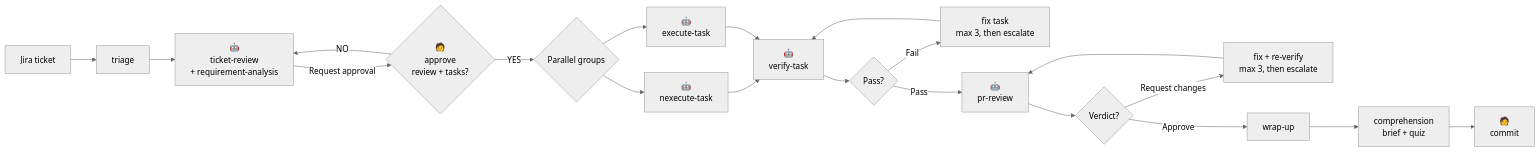
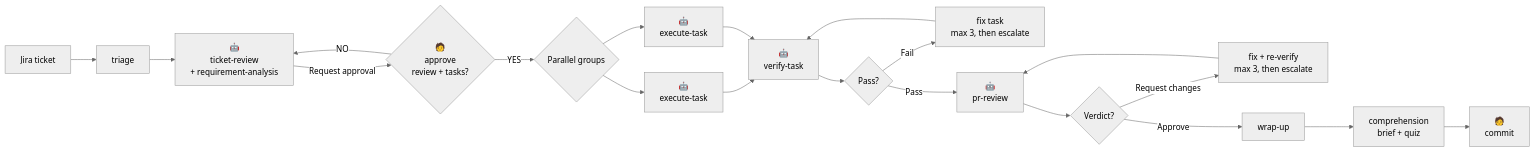
Before and after one commit to precise-alloy/ritus-demo: the fourth of 6 diagrams in slides.md, drawn with Mermaid (neutral theme). The commit also changed other lines of this file, not shown here.

Commit message:
update diagrams wordings

````diff
--- a/slides.md
+++ b/slides.md
@@ -228,22 +228,22 @@
 ```mermaid {scale: 0.33}
 flowchart LR
   T[Jira ticket] --> TRI[triage]
   TRI --> TR["🤖\nticket-review\n+ requirement-analysis"]
   TR --> |Request approval| AP{"🧑\napprove\nreview + tasks?"}
   AP --> |NO| TR
   AP --> |YES| P{Parallel groups}
-  P --> E1["🤖\nnexecute-task"]
+  P --> E1["🤖\nexecute-task"]
   P --> E2["🤖\nexecute-task"]
   E1 --> V["🤖\nverify-task"]
   E2 --> V
   V --> VC{Pass?}
   VC -->|Fail| VX["fix task\nmax 3, then escalate"]
   VX --> V
   VC -->|Pass| PR["🤖\npr-review"]
   PR --> VD{Verdict?}
   VD -->|Request changes| FX["fix + re-verify\nmax 3, then escalate"]
   FX --> PR
   VD -->|Approve| WU[wrap-up]
   WU --> CMP["comprehension\nbrief + quiz"]
   CMP --> H["🧑\ncommit"]
 ```
````
